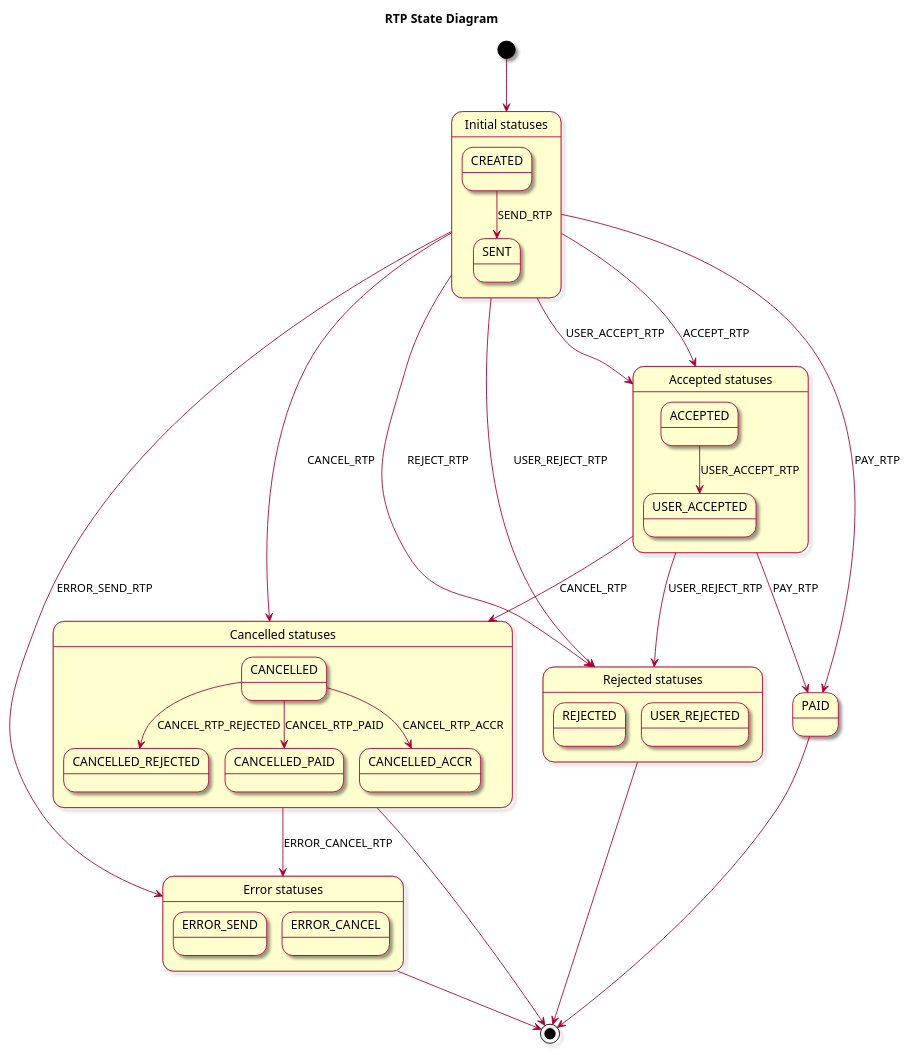
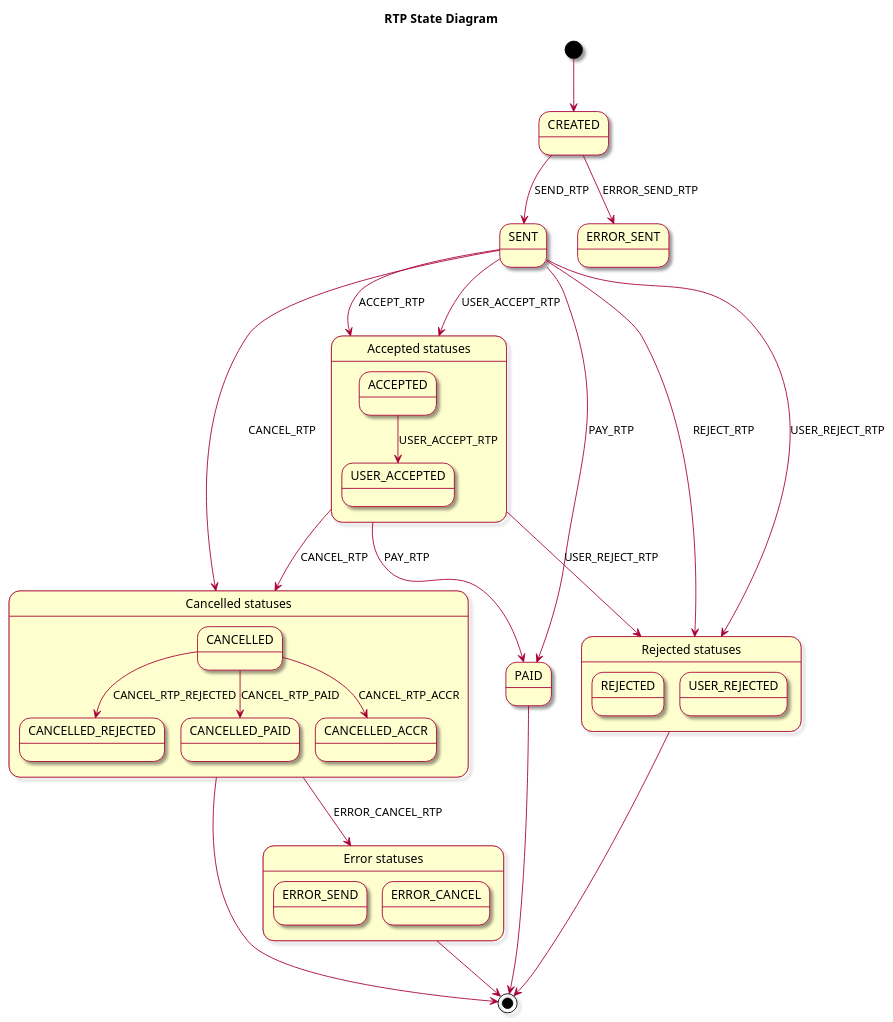
Before and after one commit to pagopa/rtp-docs: the diagram in diagrams/rtp-state-diagram.puml, drawn with PlantUML. The commit also changed 1 other file, not shown here.

Commit message:
feat: [SRTP-906] update RTP state diagram after transition removals (#29)
* feat: [SRTP-906] remove unneeded transitions in rtp-state-diagram

* chore: [SRTP-906] update rtp-state-diagram SVG

* Diagrams commit

---------

```diff
--- a/diagrams/rtp-state-diagram.puml
+++ b/diagrams/rtp-state-diagram.puml
@@ -1,60 +1,58 @@
 @startuml
 skin rose
 title RTP State Diagram
 
-state "Initial statuses" as IS {
-    state CREATED
-    state SENT
-}
+state CREATED
+state SENT
 
 state "Error statuses" as ES {
     state ERROR_SEND
     state ERROR_CANCEL
 }
 
 state "Accepted statuses" as AS {
     state ACCEPTED
     state USER_ACCEPTED
 }
 
 state "Rejected statuses" as RS {
     state REJECTED
     state USER_REJECTED
 }
 
 state "Cancelled statuses" as CS {
     state CANCELLED
     state CANCELLED_REJECTED
     state CANCELLED_PAID
     state CANCELLED_ACCR
 }
 
-[*] --> IS
+[*] --> CREATED
 
 
 CREATED --> SENT : SEND_RTP
+CREATED --> ERROR_SENT : ERROR_SEND_RTP
 
-IS --> AS : ACCEPT_RTP
-IS --> RS : REJECT_RTP
-IS --> AS : USER_ACCEPT_RTP
-IS --> RS : USER_REJECT_RTP
-IS --> PAID : PAY_RTP
-IS --> CS : CANCEL_RTP
-IS --> ES : ERROR_SEND_RTP
+SENT --> AS : ACCEPT_RTP
+SENT --> RS : REJECT_RTP
+SENT --> AS : USER_ACCEPT_RTP
+SENT --> RS : USER_REJECT_RTP
+SENT --> PAID : PAY_RTP
+SENT --> CS : CANCEL_RTP
 
 ACCEPTED --> USER_ACCEPTED : USER_ACCEPT_RTP
 AS --> RS : USER_REJECT_RTP
 AS --> CS : CANCEL_RTP
 AS --> PAID : PAY_RTP
 
 CANCELLED --> CANCELLED_ACCR : CANCEL_RTP_ACCR
 CANCELLED --> CANCELLED_REJECTED : CANCEL_RTP_REJECTED
 CANCELLED --> CANCELLED_PAID : CANCEL_RTP_PAID
 CS --> ES : ERROR_CANCEL_RTP
 
 PAID --> [*]
 RS --> [*]
 ES --> [*]
 CS --> [*]
 
 @enduml
```
